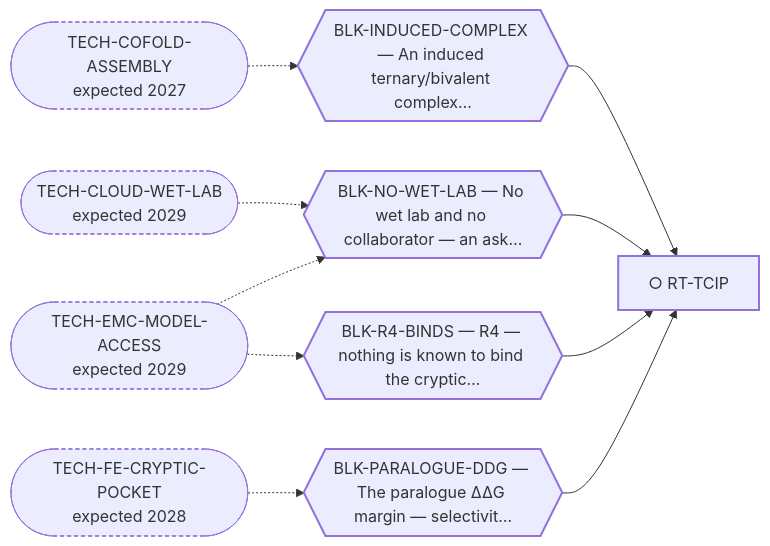
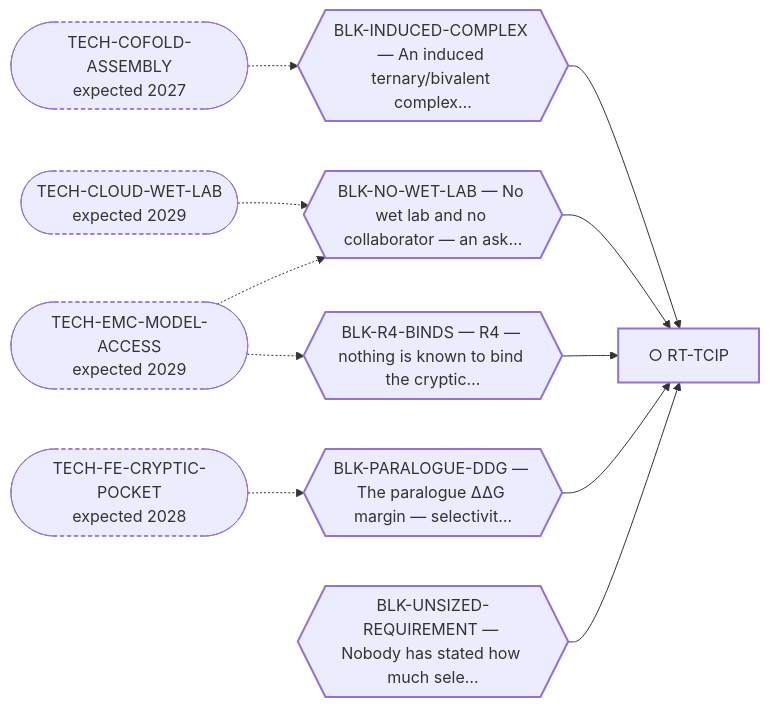
Before and after one commit to trimcrae/Rare-cancers: the diagram in systems/views/L2-rt-tcip.md, drawn with Mermaid. The commit also changed other lines of this file and 16 other files, not shown here.

````diff
--- a/systems/views/L2-rt-tcip.md
+++ b/systems/views/L2-rt-tcip.md
@@ -27,26 +27,28 @@
 ```mermaid
 flowchart LR
   RT_TCIP["○ RT-TCIP"]:::fam
   BLK_INDUCED_COMPLEX{{"BLK-INDUCED-COMPLEX — An induced ternary/bivalent complex…"}}:::blk
   BLK_INDUCED_COMPLEX --> RT_TCIP
   TECH_COFOLD_ASSEMBLY(["TECH-COFOLD-ASSEMBLY<br/>expected 2027"]):::tech
   TECH_COFOLD_ASSEMBLY -.-> BLK_INDUCED_COMPLEX
   BLK_NO_WET_LAB{{"BLK-NO-WET-LAB — No wet lab and no collaborator — an ask…"}}:::blk
   BLK_NO_WET_LAB --> RT_TCIP
   TECH_CLOUD_WET_LAB(["TECH-CLOUD-WET-LAB<br/>expected 2029"]):::tech
   TECH_CLOUD_WET_LAB -.-> BLK_NO_WET_LAB
   TECH_EMC_MODEL_ACCESS(["TECH-EMC-MODEL-ACCESS<br/>expected 2029"]):::tech
   TECH_EMC_MODEL_ACCESS -.-> BLK_NO_WET_LAB
   BLK_PARALOGUE_DDG{{"BLK-PARALOGUE-DDG — The paralogue ΔΔG margin — selectivit…"}}:::blk
   BLK_PARALOGUE_DDG --> RT_TCIP
   TECH_FE_CRYPTIC_POCKET(["TECH-FE-CRYPTIC-POCKET<br/>expected 2028"]):::tech
   TECH_FE_CRYPTIC_POCKET -.-> BLK_PARALOGUE_DDG
   BLK_R4_BINDS{{"BLK-R4-BINDS — R4 — nothing is known to bind the cryptic…"}}:::blk
   BLK_R4_BINDS --> RT_TCIP
   TECH_EMC_MODEL_ACCESS(["TECH-EMC-MODEL-ACCESS<br/>expected 2029"]):::tech
   TECH_EMC_MODEL_ACCESS -.-> BLK_R4_BINDS
+  BLK_UNSIZED_REQUIREMENT{{"BLK-UNSIZED-REQUIREMENT — Nobody has stated how much sele…"}}:::blk
+  BLK_UNSIZED_REQUIREMENT --> RT_TCIP
   classDef fam stroke-width:2px;
   classDef blk stroke-width:2px;
   classDef perm stroke-width:4px;
   classDef tech stroke-width:1px,stroke-dasharray:4 3;
 ```
````
